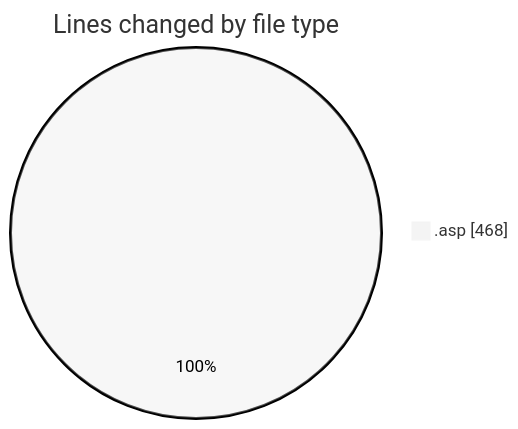
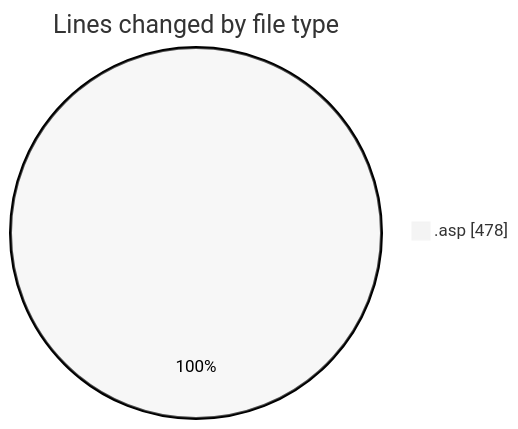
One commit to julien-gomy/code-tracking changed the first of 2 diagrams in 2025-11-15/cdp_aleoudev_fr__workspace_/README.md. Above: the diagram before and after it, drawn with Mermaid (neutral theme). The commit also changed other lines of this file and 1 other file, not shown here.

````diff
--- a/2025-11-15/cdp_aleoudev_fr__workspace_/README.md
+++ b/2025-11-15/cdp_aleoudev_fr__workspace_/README.md
@@ -25,5 +25,5 @@
 ```mermaid
 pie showData
 title Lines changed by file type
-".asp" : 468
+".asp" : 478
 ```
````
